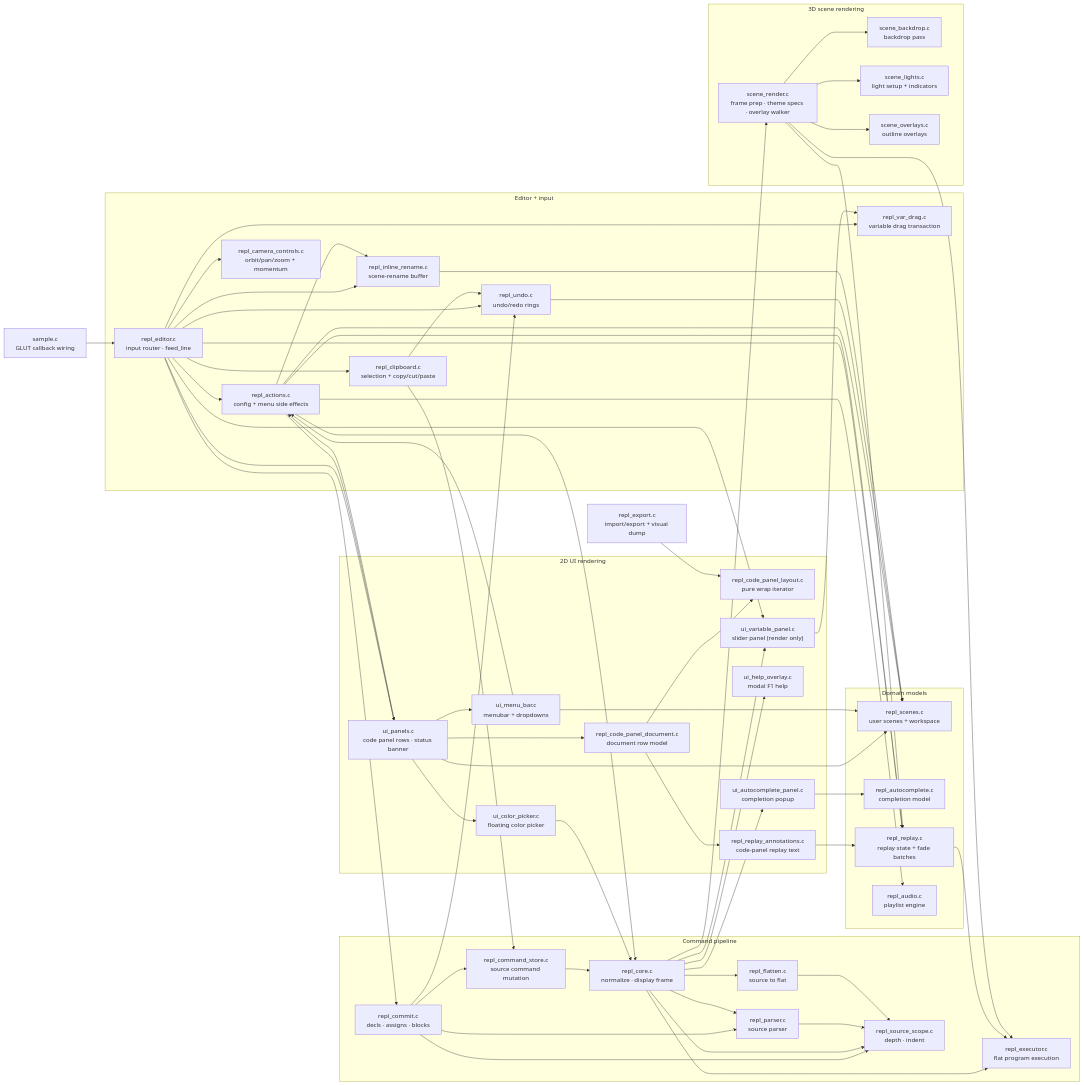
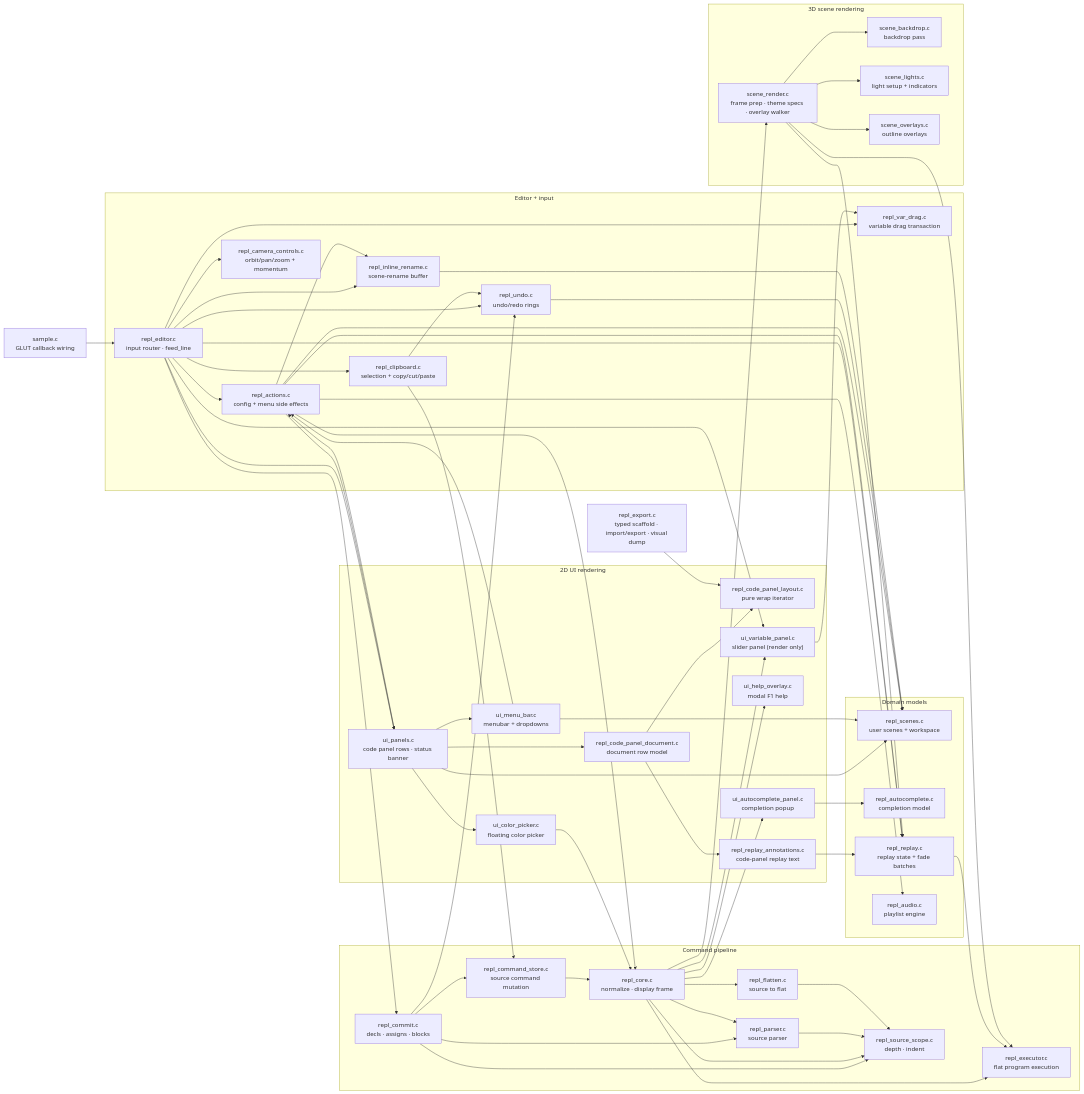
One commit to drewwoods/gl-repl changed the diagram in MODULES.md. Above: the diagram before and after it, drawn with Mermaid. The commit also changed other lines of this file and 5 other files, not shown here.

First line of the commit message:
refactor: model export scaffold sections

```diff
--- a/MODULES.md
+++ b/MODULES.md
@@ -160,7 +160,7 @@
         overlays["scene_overlays.c<br/>outline overlays"]
     end
 
-    export["repl_export.c<br/>import/export + visual dump"]
+    export["repl_export.c<br/>typed scaffold · import/export · visual dump"]
 
     sample --> editor
 
```
